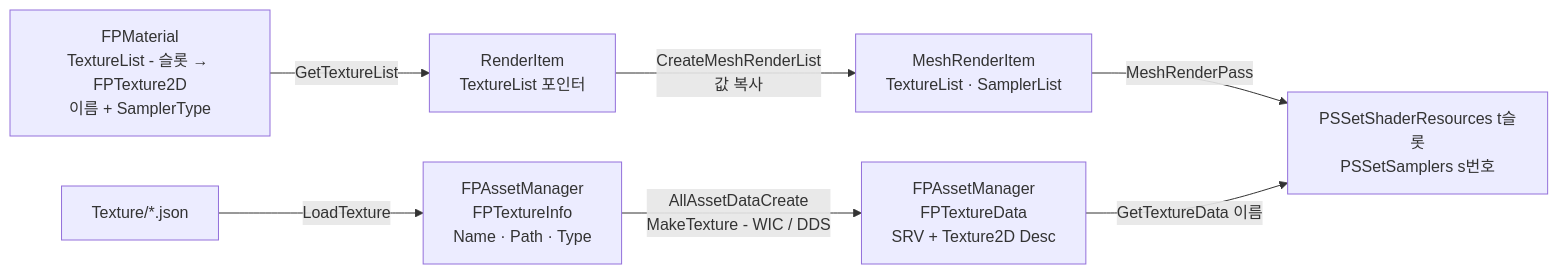
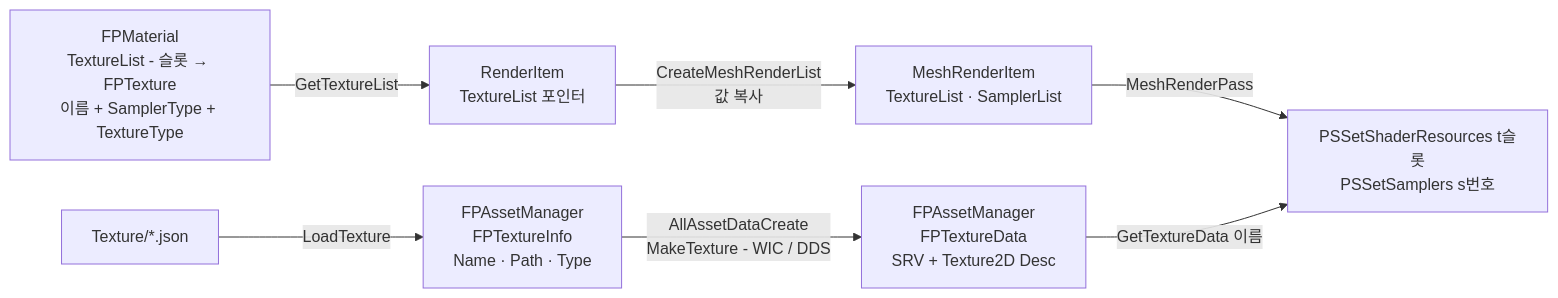
Before and after one commit to Gat-Young/ForestPearlEngine: diagram 11 of 16 in README.md, drawn with Mermaid. The commit also changed other lines of this file, not shown here.

````diff
--- a/README.md
+++ b/README.md
@@ -1124,9 +1128,9 @@
 ```mermaid
 flowchart LR
     J["Texture/*.json"] -->|"LoadTexture"| TI["FPAssetManager<br/>FPTextureInfo<br/>Name · Path · Type"]
     TI -->|"AllAssetDataCreate<br/>MakeTexture - WIC / DDS"| AM["FPAssetManager<br/>FPTextureData<br/>SRV + Texture2D Desc"]
-    MAT["FPMaterial<br/>TextureList - 슬롯 → FPTexture2D<br/>이름 + SamplerType"] -->|"GetTextureList"| RI["RenderItem<br/>TextureList 포인터"]
+    MAT["FPMaterial<br/>TextureList - 슬롯 → FPTexture<br/>이름 + SamplerType + TextureType"] -->|"GetTextureList"| RI["RenderItem<br/>TextureList 포인터"]
     RI -->|"CreateMeshRenderList<br/>값 복사"| RL["MeshRenderItem<br/>TextureList · SamplerList"]
     RL -->|"MeshRenderPass"| PS["PSSetShaderResources t슬롯<br/>PSSetSamplers s번호"]
     AM -->|"GetTextureData 이름"| PS
 ```
````
